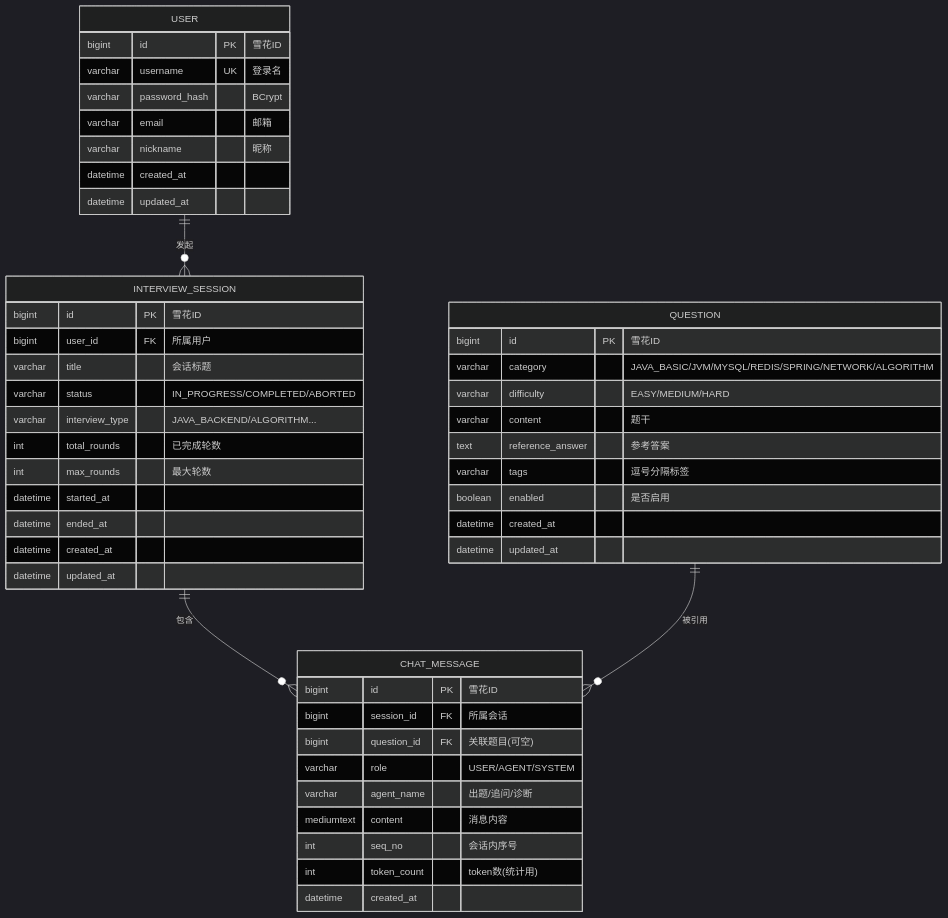
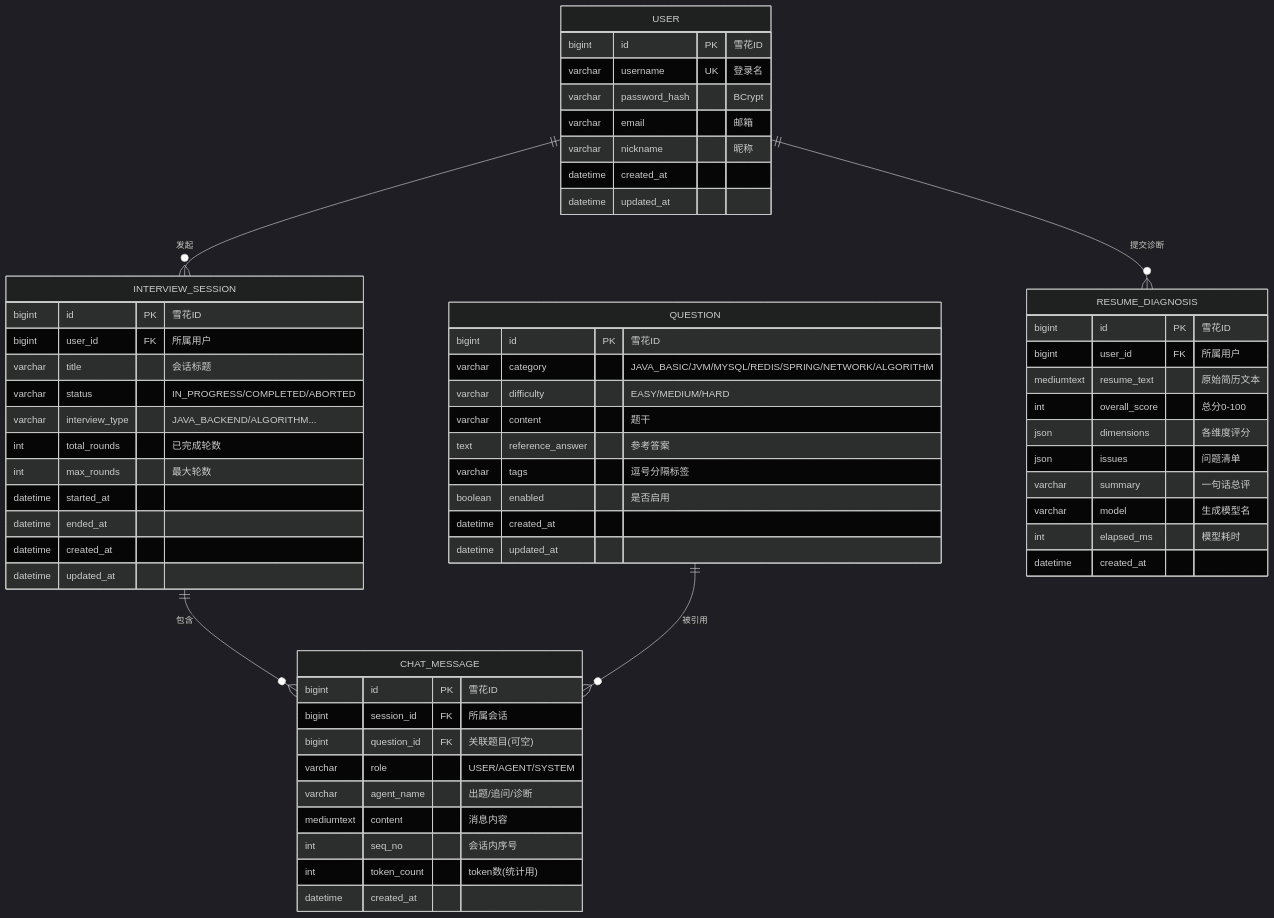
Before and after one commit to pinqionghongbai/mockverse: the diagram in docs/db-design.md, drawn with Mermaid (dark theme). The commit also changed other lines of this file and 51 other files, not shown here.

````diff
--- a/docs/db-design.md
+++ b/docs/db-design.md
@@ -15,53 +19,68 @@
 ```mermaid
 erDiagram
     USER ||--o{ INTERVIEW_SESSION : "发起"
     INTERVIEW_SESSION ||--o{ CHAT_MESSAGE : "包含"
     QUESTION ||--o{ CHAT_MESSAGE : "被引用"
     USER {
         bigint id PK "雪花ID"
         varchar username UK "登录名"
         varchar password_hash "BCrypt"
         varchar email "邮箱"
         varchar nickname "昵称"
         datetime created_at
         datetime updated_at
     }
 
     INTERVIEW_SESSION {
         bigint id PK "雪花ID"
         bigint user_id FK "所属用户"
         varchar title "会话标题"
         varchar status "IN_PROGRESS/COMPLETED/ABORTED"
         varchar interview_type "JAVA_BACKEND/ALGORITHM..."
         int total_rounds "已完成轮数"
         int max_rounds "最大轮数"
         datetime started_at
         datetime ended_at
         datetime created_at
         datetime updated_at
     }
 
     QUESTION {
         bigint id PK "雪花ID"
         varchar category "JAVA_BASIC/JVM/MYSQL/REDIS/SPRING/NETWORK/ALGORITHM"
         varchar difficulty "EASY/MEDIUM/HARD"
         varchar content "题干"
         text reference_answer "参考答案"
         varchar tags "逗号分隔标签"
         boolean enabled "是否启用"
         datetime created_at
         datetime updated_at
     }
 
     CHAT_MESSAGE {
         bigint id PK "雪花ID"
         bigint session_id FK "所属会话"
         bigint question_id FK "关联题目(可空)"
         varchar role "USER/AGENT/SYSTEM"
         varchar agent_name "出题/追问/诊断"
         mediumtext content "消息内容"
         int seq_no "会话内序号"
         int token_count "token数(统计用)"
         datetime created_at
     }
+
+    USER ||--o{ RESUME_DIAGNOSIS : "提交诊断"
+
+    RESUME_DIAGNOSIS {
+        bigint id PK "雪花ID"
+        bigint user_id FK "所属用户"
+        mediumtext resume_text "原始简历文本"
+        int overall_score "总分0-100"
+        json dimensions "各维度评分"
+        json issues "问题清单"
+        varchar summary "一句话总评"
+        varchar model "生成模型名"
+        int elapsed_ms "模型耗时"
+        datetime created_at
+    }
 ```
````
